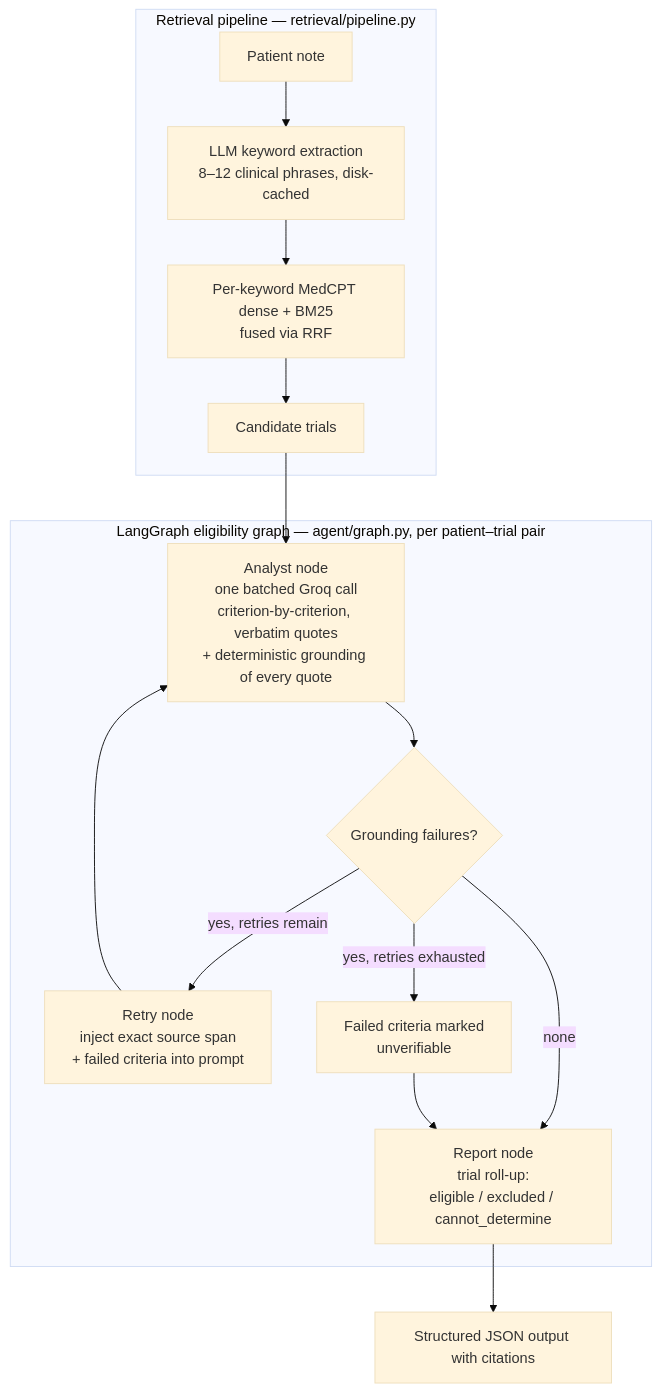
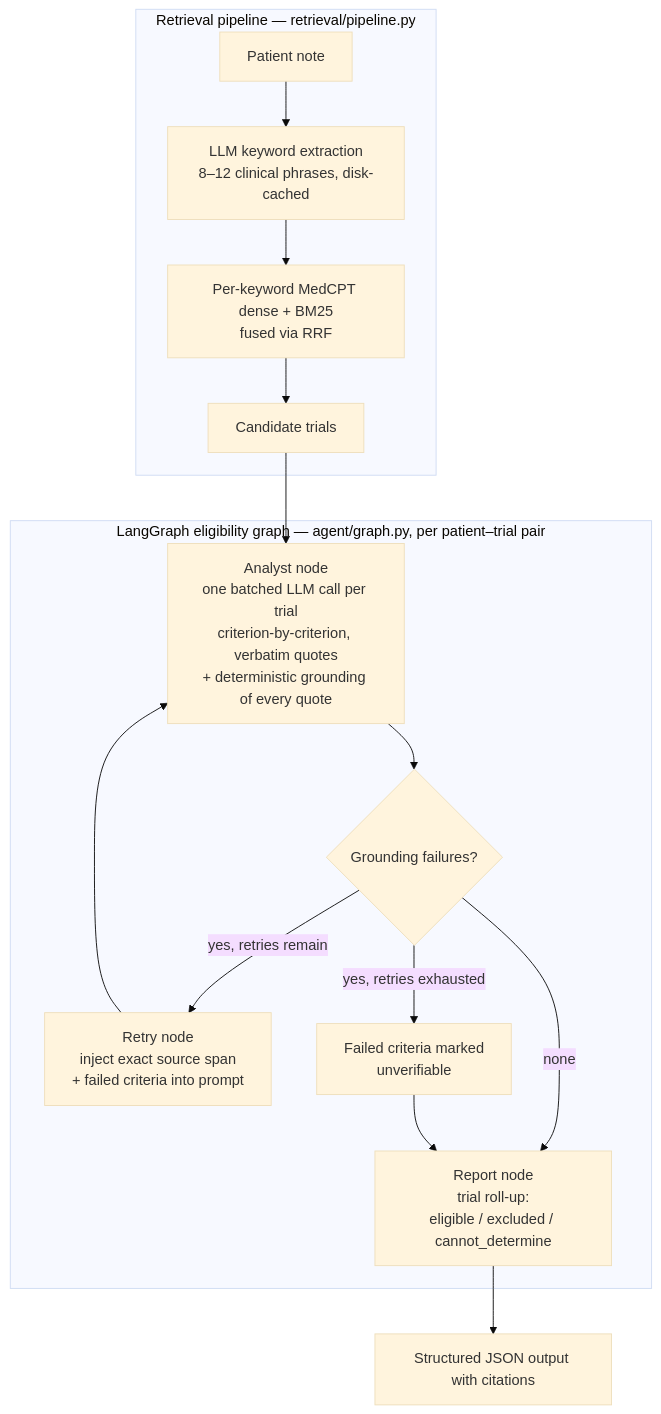
The diagram in README.md (sidharthsudhi1/TrialGuard), drawn with Mermaid (base theme) before and after one commit. The commit also changed other lines of this file, not shown here.

````diff
--- a/README.md
+++ b/README.md
@@ -27,18 +27,18 @@
 ```mermaid
 flowchart TD
     subgraph RP [Retrieval pipeline — retrieval/pipeline.py]
         A[Patient note] --> B[LLM keyword extraction\n8–12 clinical phrases, disk-cached]
         B --> C[Per-keyword MedCPT dense + BM25\nfused via RRF]
         C --> D[Candidate trials]
     end
     subgraph EG [LangGraph eligibility graph — agent/graph.py, per patient–trial pair]
-        D --> E[Analyst node\none batched Groq call\ncriterion-by-criterion, verbatim quotes\n+ deterministic grounding of every quote]
+        D --> E[Analyst node\none batched LLM call per trial\ncriterion-by-criterion, verbatim quotes\n+ deterministic grounding of every quote]
         E --> F{Grounding failures?}
         F -- none --> G[Report node\ntrial roll-up:\neligible / excluded / cannot_determine]
         F -- yes, retries remain --> H[Retry node\ninject exact source span\n+ failed criteria into prompt]
         H --> E
         F -- "yes, retries exhausted" --> I[Failed criteria marked\nunverifiable]
         I --> G
     end
     G --> J[Structured JSON output with citations]
 ```
````
